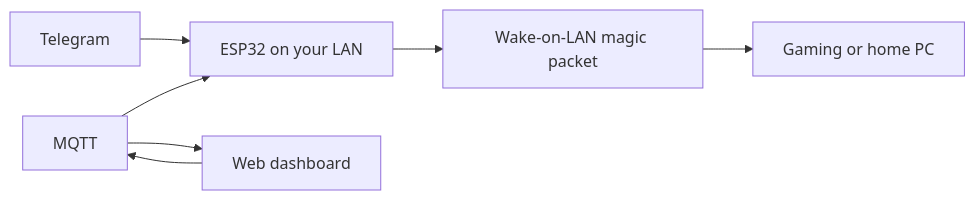
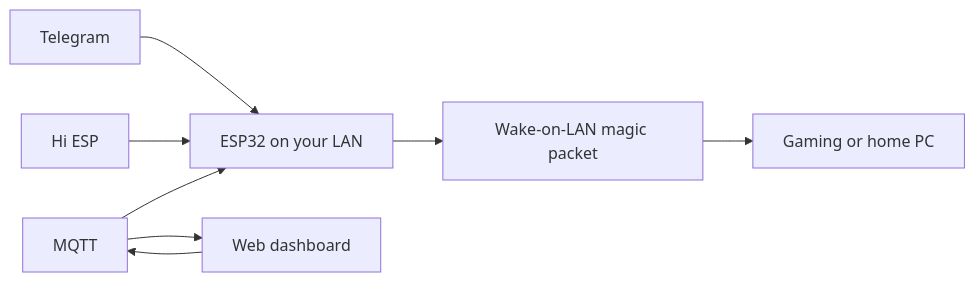
One commit to Jonathan0823/esp32-pc-remote changed the diagram in README.md. Above: the diagram before and after it, drawn with Mermaid. The commit also changed other lines of this file and 8 other files, not shown here.

Commit message:
feat(voice): wake the PC with the Hi ESP phrase

````diff
--- a/README.md
+++ b/README.md
@@ -20,9 +20,10 @@
 ```mermaid
 flowchart LR
     Telegram[Telegram] --> ESP32[ESP32 on your LAN]
+    Voice["Hi ESP"] --> ESP32
     MQTT[MQTT] --> Dashboard[Web dashboard]
     Dashboard --> MQTT
     MQTT --> ESP32
     ESP32 --> WOL[Wake-on-LAN magic packet]
     WOL --> PC[Gaming or home PC]
 ```
````
